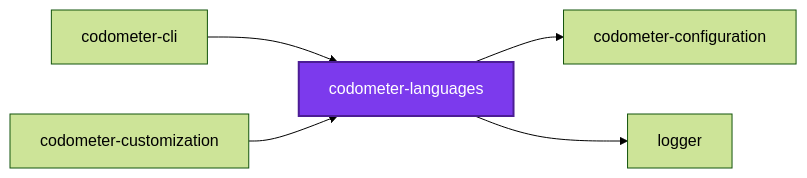
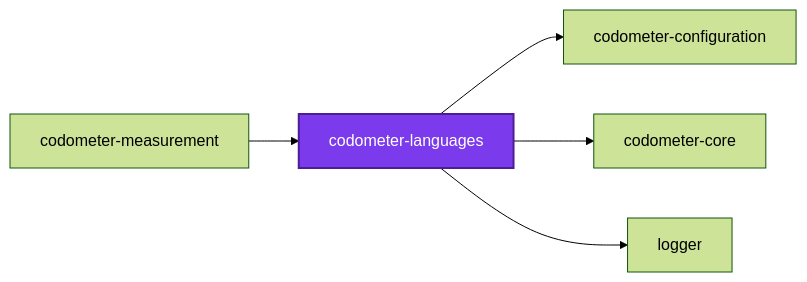
One commit to JimmyPaolini/codebase changed the first of 3 diagrams in packages/ic-suite/codometer/codometer-languages/README.md. Above: the diagram before and after it, drawn with Mermaid (forest theme). The commit also changed 248 other files, not shown here.

````diff
--- a/packages/ic-suite/codometer/codometer-languages/README.md
+++ b/packages/ic-suite/codometer/codometer-languages/README.md
@@ -356,14 +356,14 @@
 ```mermaid
 graph LR
-  codometer_cli["codometer-cli"]
   codometer_configuration["codometer-configuration"]
-  codometer_customization["codometer-customization"]
+  codometer_core["codometer-core"]
   codometer_languages["codometer-languages"]
+  codometer_measurement["codometer-measurement"]
   logger["logger"]
-  codometer_cli --> codometer_languages
-  codometer_customization --> codometer_languages
   codometer_languages --> codometer_configuration
+  codometer_languages --> codometer_core
   codometer_languages --> logger
+  codometer_measurement --> codometer_languages
   classDef subject fill:#7c3aed,color:#fff,stroke:#4c1d95,stroke-width:2px
   class codometer_languages subject
 ```
````
